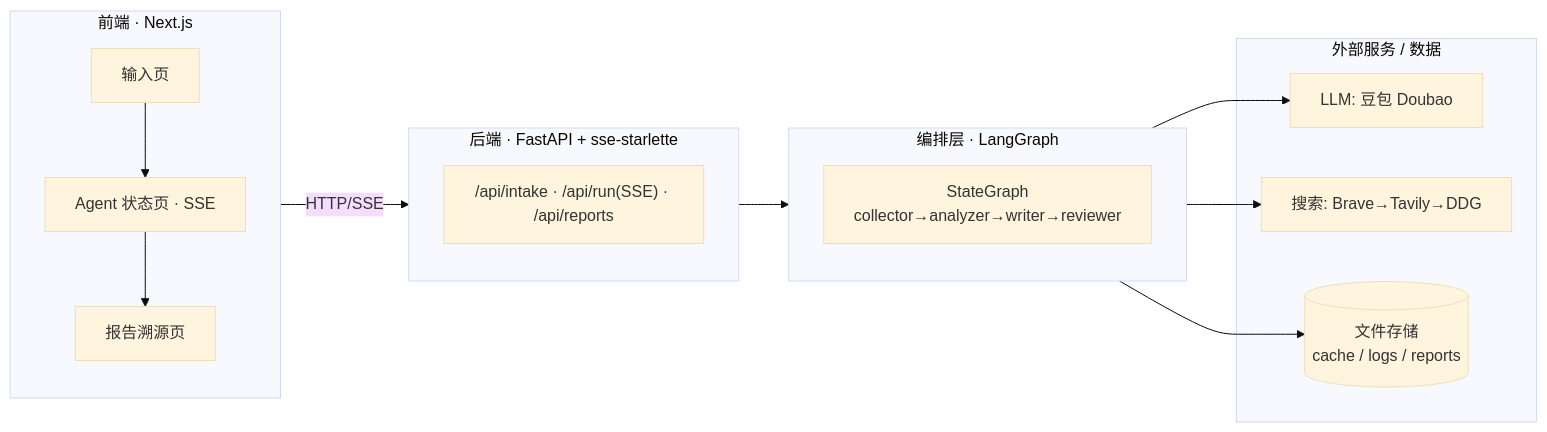
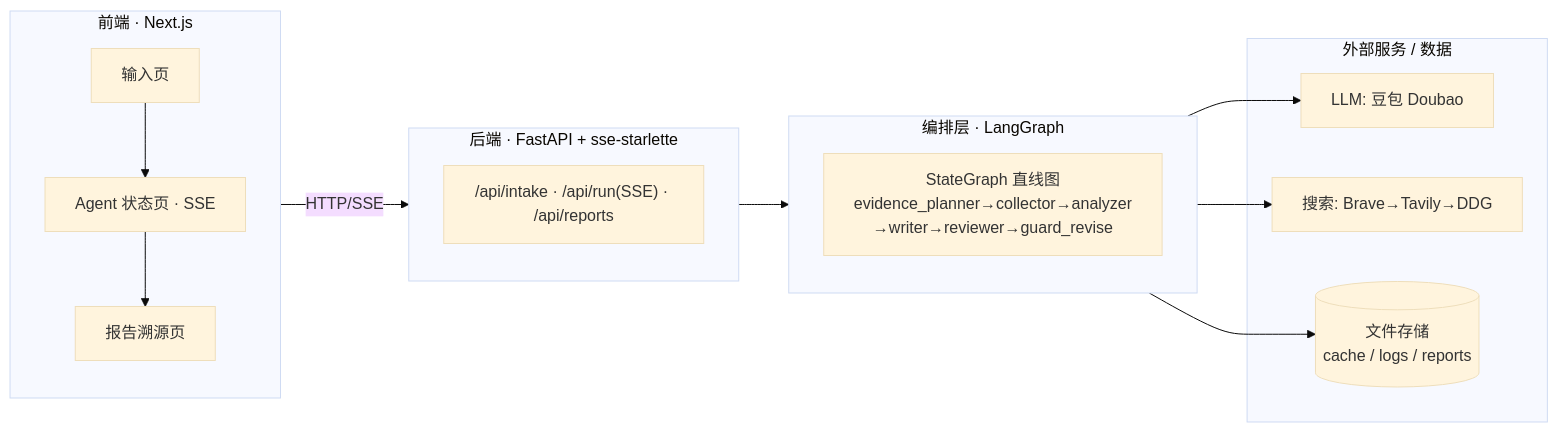
One commit to yangyuxin-hub/AI-Competitive-Radar changed the second of 2 diagrams in README.md. Above: the diagram before and after it, drawn with Mermaid (base theme). The commit also changed other lines of this file, not shown here.

First line of the commit message:
docs(readme): 同步 v3 M4 架构——直线控制流 + guard 终门 + 单一 owner

````diff
--- a/README.md
+++ b/README.md
@@ -68,18 +70,18 @@
 ```mermaid
 flowchart LR
     subgraph FE[前端 · Next.js]
         P1[输入页] --> P2[Agent 状态页 · SSE] --> P3[报告溯源页]
     end
     subgraph BE[后端 · FastAPI + sse-starlette]
         API["/api/intake · /api/run(SSE) · /api/reports"]
     end
     subgraph ORC[编排层 · LangGraph]
-        G[StateGraph<br/>collector→analyzer→writer→reviewer]
+        G[StateGraph 直线图<br/>evidence_planner→collector→analyzer<br/>→writer→reviewer→guard_revise]
     end
     subgraph EXT[外部服务 / 数据]
         LLM[LLM: 豆包 Doubao]
         SE[搜索: Brave→Tavily→DDG]
         FS[(文件存储<br/>cache / logs / reports)]
     end
     FE -->|HTTP/SSE| BE --> ORC --> LLM & SE & FS
 ```
````
